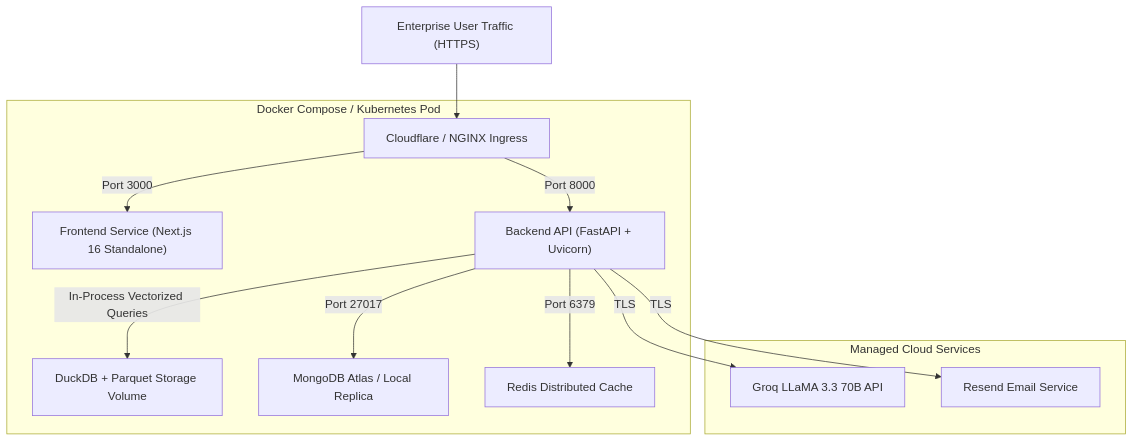
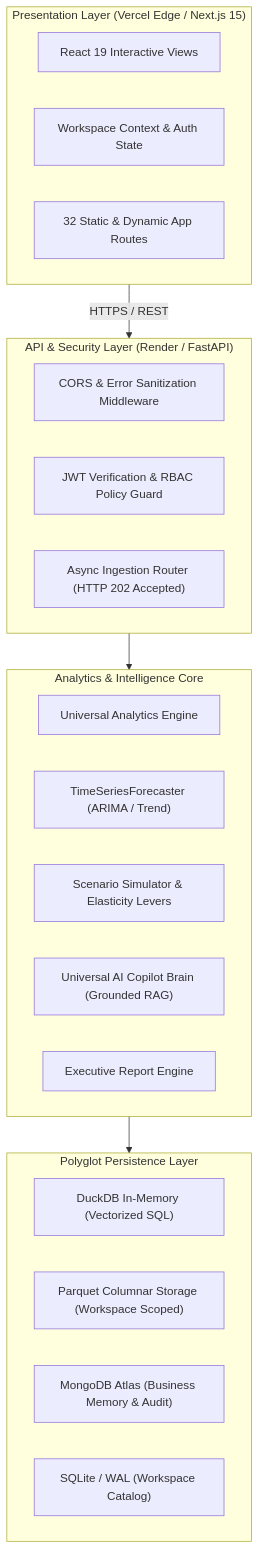
The second of 2 diagrams in README.md (AnzarKhan855/decisionlens-enterprise-analytics), drawn with Mermaid before and after one commit. The commit also changed other lines of this file and 29 other files, not shown here.

````diff
--- a/README.md
+++ b/README.md
@@ -502,18 +152,33 @@
 ```mermaid
 flowchart TD
-    Internet["Enterprise User Traffic (HTTPS)"] --> IngressProxy["Cloudflare / NGINX Ingress"]
-    
-    subgraph ContainerNetwork["Docker Compose / Kubernetes Pod"]
-        IngressProxy -->|Port 3000| FrontendApp["Frontend Service (Next.js 16 Standalone)"]
-        IngressProxy -->|Port 8000| BackendApp["Backend API (FastAPI + Uvicorn)"]
-        
-        BackendApp -->|In-Process Vectorized Queries| DuckDBLocal["DuckDB + Parquet Storage Volume"]
-        BackendApp -->|Port 27017| MongoService["MongoDB Atlas / Local Replica"]
-        BackendApp -->|Port 6379| RedisService["Redis Distributed Cache"]
+    subgraph Client["Presentation Layer (Vercel Edge / Next.js 15)"]
+        UI["React 19 Interactive Views"]
+        Store["Workspace Context & Auth State"]
+        Routing["32 Static & Dynamic App Routes"]
     end
 
-    subgraph ManagedCloud["Managed Cloud Services"]
-        BackendApp -->|TLS| GroqAPI["Groq LLaMA 3.3 70B API"]
-        BackendApp -->|TLS| ResendAPI["Resend Email Service"]
+    subgraph Gateway["API & Security Layer (Render / FastAPI)"]
+        CORS["CORS & Error Sanitization Middleware"]
+        Auth["JWT Verification & RBAC Policy Guard"]
+        Upload["Async Ingestion Router (HTTP 202 Accepted)"]
     end
+
+    subgraph Engine["Analytics & Intelligence Core"]
+        Universal["Universal Analytics Engine"]
+        Forecaster["TimeSeriesForecaster (ARIMA / Trend)"]
+        Simulator["Scenario Simulator & Elasticity Levers"]
+        Brain["Universal AI Copilot Brain (Grounded RAG)"]
+        Reporter["Executive Report Engine"]
+    end
+
+    subgraph Storage["Polyglot Persistence Layer"]
+        DuckDB["DuckDB In-Memory (Vectorized SQL)"]
+        Parquet["Parquet Columnar Storage (Workspace Scoped)"]
+        MongoDB["MongoDB Atlas (Business Memory & Audit)"]
+        SQLite["SQLite / WAL (Workspace Catalog)"]
+    end
+
+    Client -->|HTTPS / REST| Gateway
+    Gateway --> Engine
+    Engine --> Storage
 ```
````
